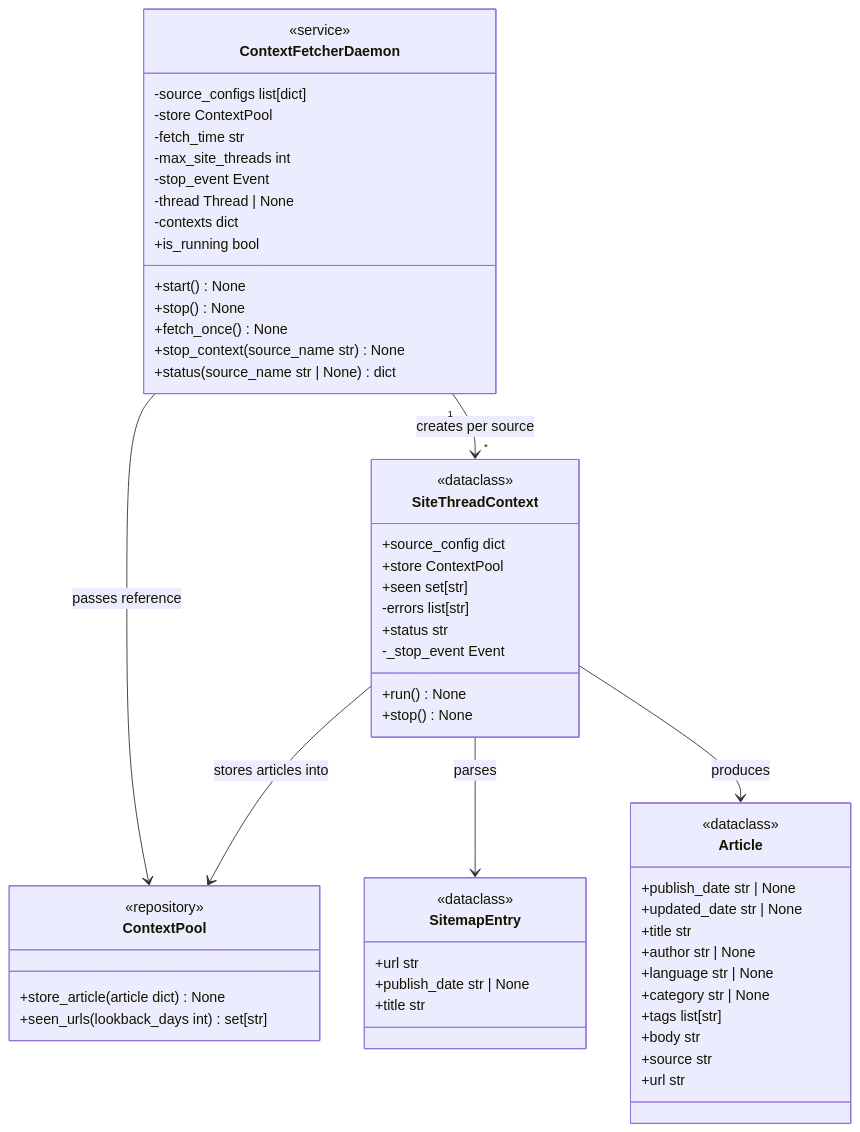
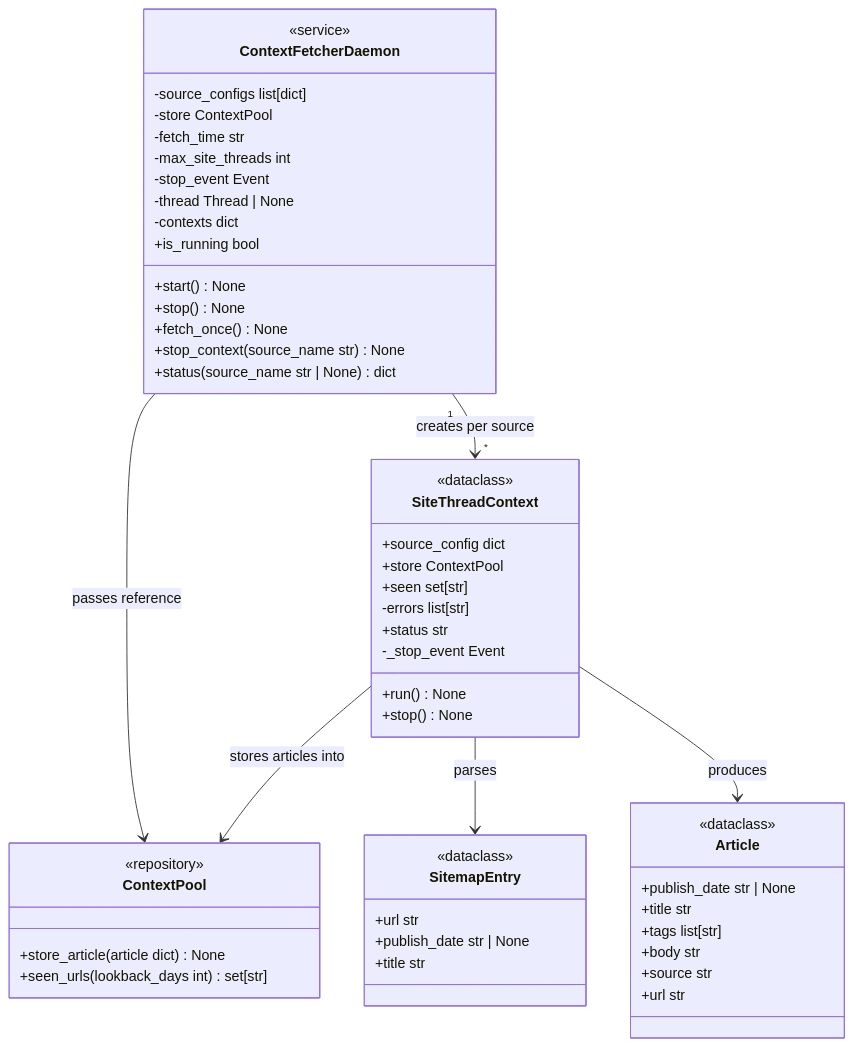
Diagram 11 of 11 in tasks/context_fetcher.md (yunfei-ma/daglas), drawn with Mermaid before and after one commit. The commit also changed other lines of this file and 3 other files, not shown here.

````diff
--- a/tasks/context_fetcher.md
+++ b/tasks/context_fetcher.md
@@ -315,74 +315,70 @@
 ```mermaid
 classDiagram
     classDef data     fill:#FAEEDA,stroke:#BA7517,color:#633806
     classDef core     fill:#E6F1FB,stroke:#185FA5,color:#0C447C
     classDef concrete fill:#E1F5EE,stroke:#0F6E56,color:#085041
 
     class SitemapEntry {
         <<dataclass>>
         +url str
         +publish_date str | None
         +title str
     }
 
     class Article {
         <<dataclass>>
         +publish_date str | None
-        +updated_date str | None
         +title str
-        +author str | None
-        +language str | None
-        +category str | None
         +tags list[str]
         +body str
         +source str
         +url str
     }
 
     class SiteThreadContext {
         <<dataclass>>
         +source_config dict
         +store ContextPool
         +seen set[str]
         -errors list[str]
         +status str
         -_stop_event Event
         +run() None
         +stop() None
     }
 
     class ContextFetcherDaemon {
         <<service>>
         -source_configs list[dict]
         -store ContextPool
         -fetch_time str
         -max_site_threads int
         -stop_event Event
         -thread Thread | None
         -contexts dict
         +start() None
         +stop() None
         +is_running bool
         +fetch_once() None
         +stop_context(source_name str) None
         +status(source_name str | None) dict
     }
 
     class ContextPool {
         <<repository>>
         +store_article(article dict) None
         +seen_urls(lookback_days int) set[str]
     }
 
     ContextFetcherDaemon "1" --> "*" SiteThreadContext : creates per source
     ContextFetcherDaemon --> ContextPool : passes reference
     SiteThreadContext --> ContextPool : stores articles into
     SiteThreadContext --> SitemapEntry : parses
     SiteThreadContext --> Article : produces
 
     class SitemapEntry:::data
     class Article:::data
     class SiteThreadContext:::core
     class ContextFetcherDaemon:::core
     class ContextPool:::concrete
 ```
````
